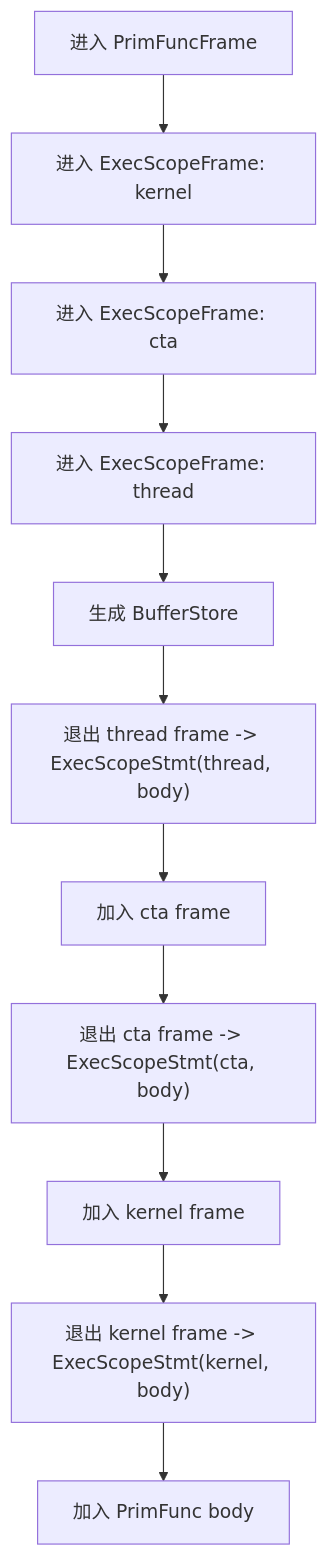
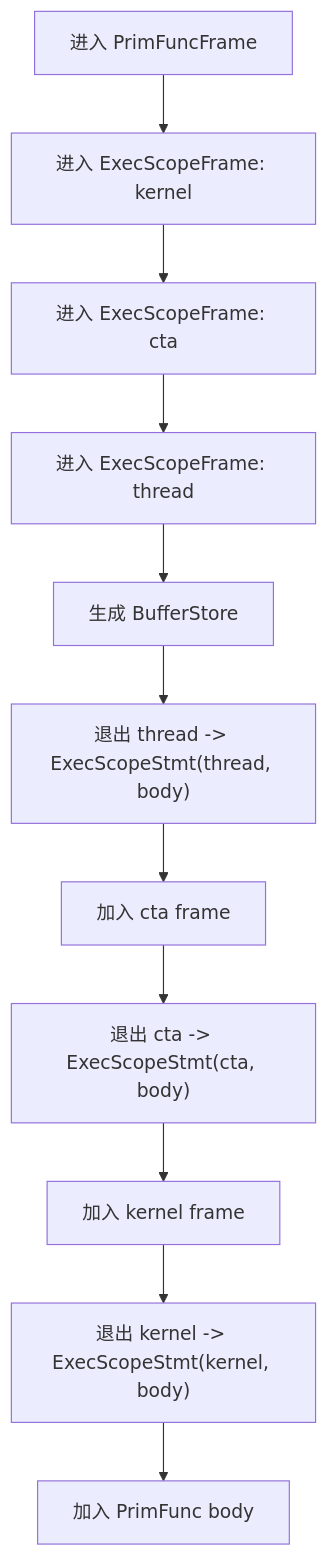
Before and after one commit to Rhys-Q/megakernel: the third of 5 diagrams in docs/learn/w4_tirx_myself/frontend.md, drawn with Mermaid. The commit also changed other lines of this file and 1 other file, not shown here.

````diff
--- a/docs/learn/w4_tirx_myself/frontend.md
+++ b/docs/learn/w4_tirx_myself/frontend.md
@@ -408,13 +606,13 @@
 ```mermaid
 flowchart TD
     A["进入 PrimFuncFrame"] --> B["进入 ExecScopeFrame: kernel"]
     B --> C["进入 ExecScopeFrame: cta"]
     C --> D["进入 ExecScopeFrame: thread"]
     D --> E["生成 BufferStore"]
-    E --> F["退出 thread frame -> ExecScopeStmt(thread, body)"]
+    E --> F["退出 thread -> ExecScopeStmt(thread, body)"]
     F --> G["加入 cta frame"]
-    G --> H["退出 cta frame -> ExecScopeStmt(cta, body)"]
+    G --> H["退出 cta -> ExecScopeStmt(cta, body)"]
     H --> I["加入 kernel frame"]
-    I --> J["退出 kernel frame -> ExecScopeStmt(kernel, body)"]
+    I --> J["退出 kernel -> ExecScopeStmt(kernel, body)"]
     J --> K["加入 PrimFunc body"]
 ```
````
